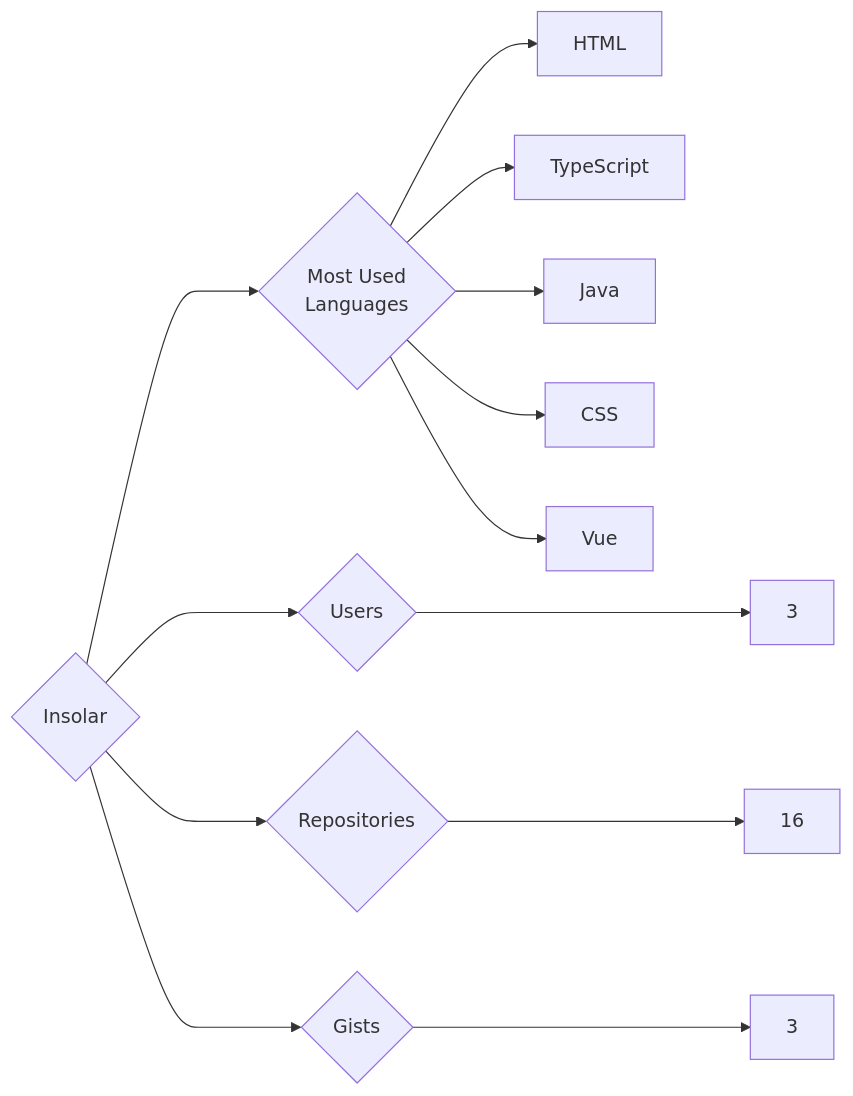
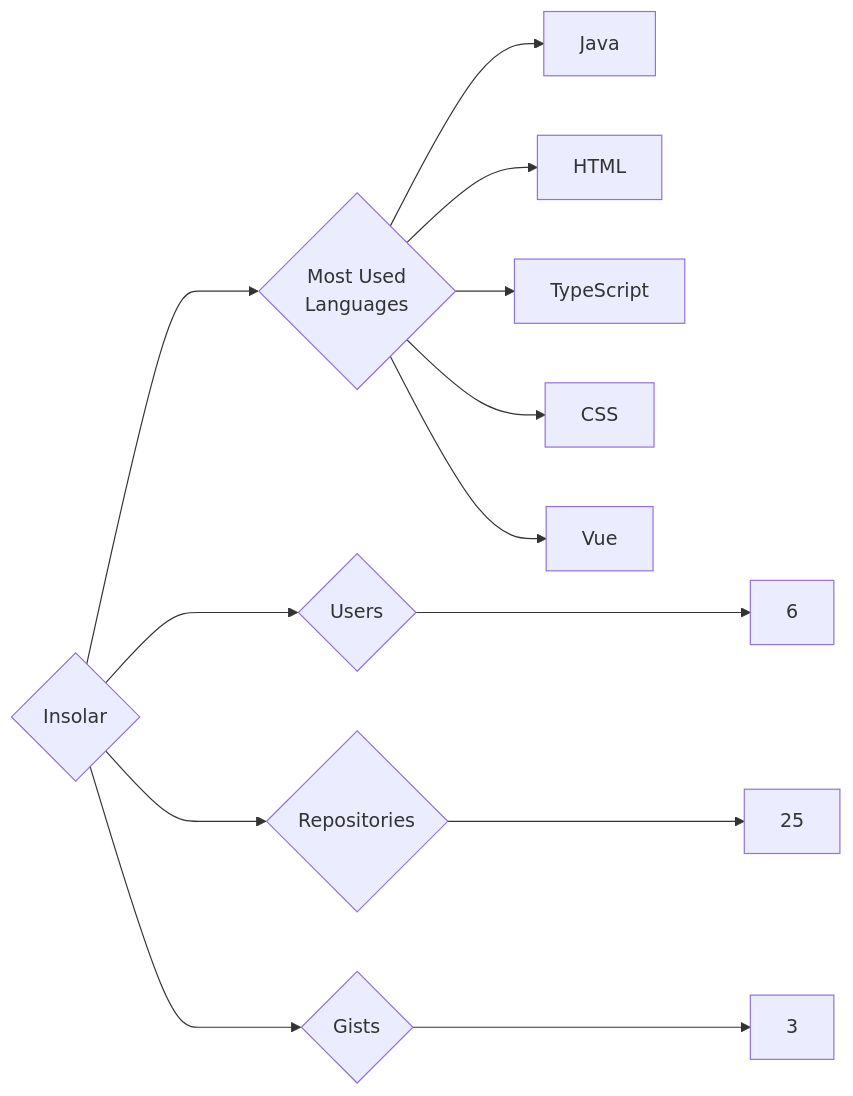
The diagram in targets/Insolar/README.md (trickest/insiders), drawn with Mermaid before and after one commit. The commit also changed 826 other files, not shown here.

````diff
--- a/targets/Insolar/README.md
+++ b/targets/Insolar/README.md
@@ -3,13 +3,13 @@
 ```mermaid
 graph LR
 COMPANY_NAME{Insolar}
-COMPANY_NAME ---> U{Users} ---> UN[3]
-COMPANY_NAME ---> R{Repositories} ---> RN[16]
+COMPANY_NAME ---> U{Users} ---> UN[6]
+COMPANY_NAME ---> R{Repositories} ---> RN[25]
 COMPANY_NAME ---> G{Gists} ---> GN[3]
 COMPANY_NAME ---> ML{Most Used<br>Languages}
+ML --> Java[Java]
 ML --> HTML[HTML]
 ML --> TypeScript[TypeScript]
-ML --> Java[Java]
 ML --> CSS[CSS]
 ML --> Vue[Vue]
 ```
````
